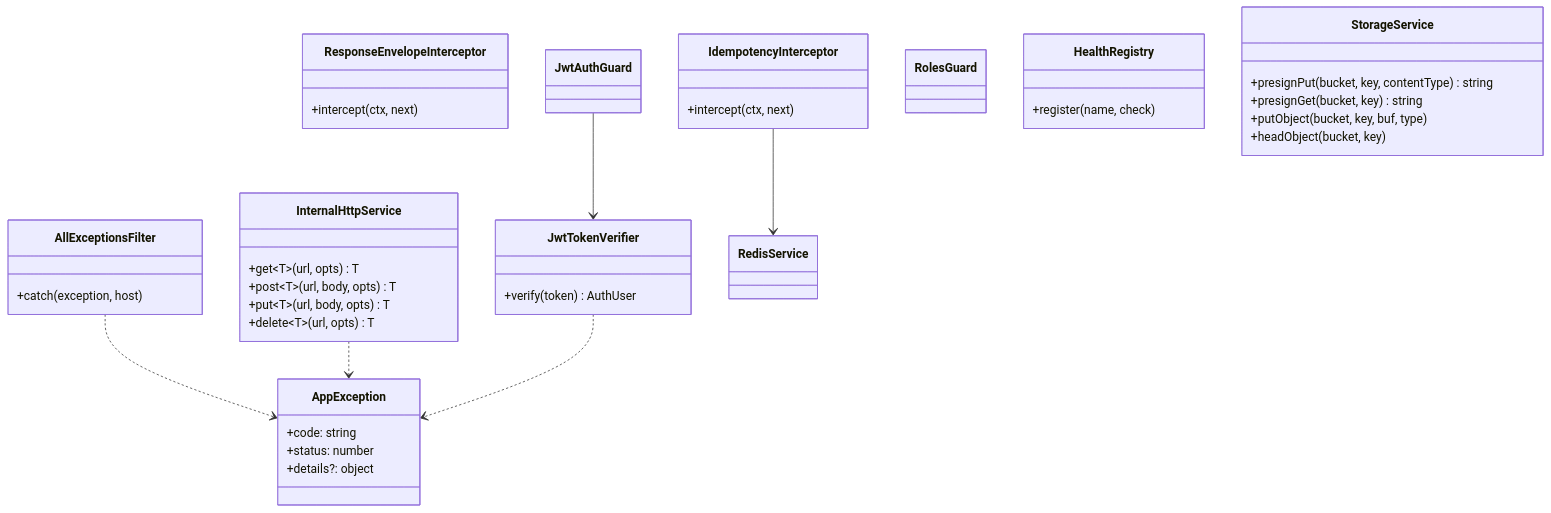
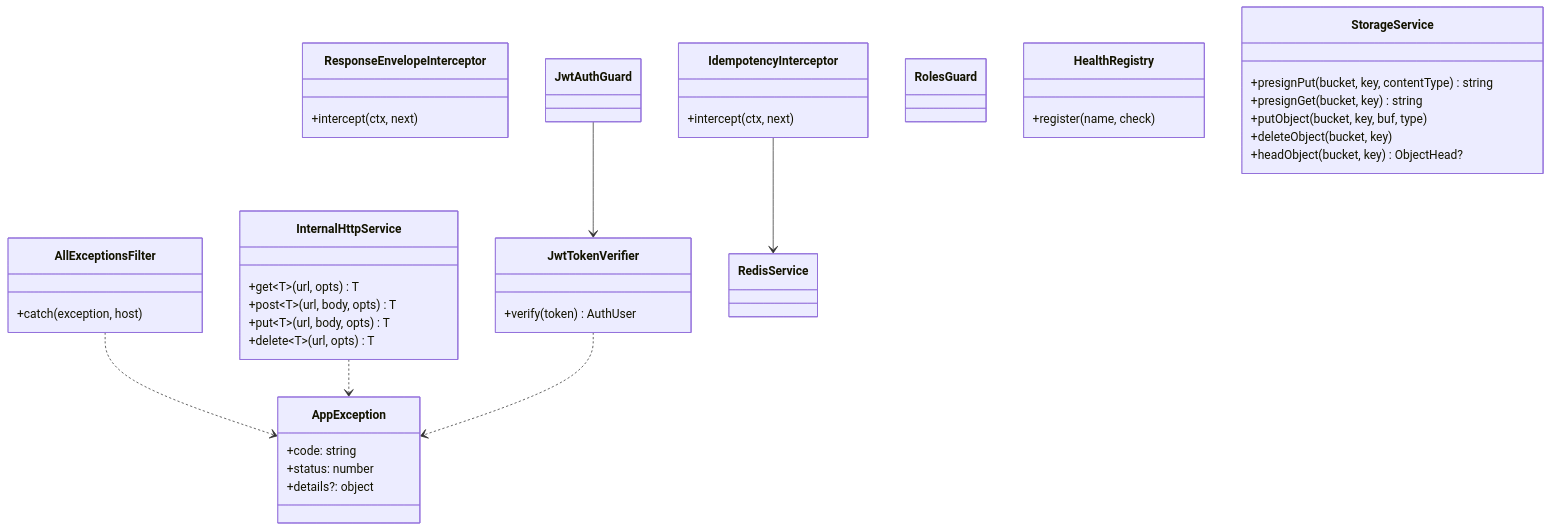
The diagram in project-knowledge/design/SHARED/RE.SERVICE_TEMPLATE/Component_Class_Design.md (ITHoangLV/Realestate_Microservice), drawn with Mermaid before and after one commit. The commit also changed other lines of this file and 8 other files, not shown here.

First line of the commit message:
feat(template): StorageService.headObject, RE.SERVICE_TEMPLATE v2.1; chép sang identity (T2.2)

````diff
--- a/project-knowledge/design/SHARED/RE.SERVICE_TEMPLATE/Component_Class_Design.md
+++ b/project-knowledge/design/SHARED/RE.SERVICE_TEMPLATE/Component_Class_Design.md
@@ -38,42 +38,43 @@
 ```mermaid
 classDiagram
     class AppException {
       +code: string
       +status: number
       +details?: object
     }
     class AllExceptionsFilter {
       +catch(exception, host)
     }
     class ResponseEnvelopeInterceptor {
       +intercept(ctx, next)
     }
     class InternalHttpService {
       +get~T~(url, opts) T
       +post~T~(url, body, opts) T
       +put~T~(url, body, opts) T
       +delete~T~(url, opts) T
     }
     class IdempotencyInterceptor {
       +intercept(ctx, next)
     }
     class JwtAuthGuard
     class JwtTokenVerifier {
       +verify(token) AuthUser
     }
     class RolesGuard
     class HealthRegistry {
       +register(name, check)
     }
     class StorageService {
       +presignPut(bucket, key, contentType) string
       +presignGet(bucket, key) string
       +putObject(bucket, key, buf, type)
-      +headObject(bucket, key)
+      +deleteObject(bucket, key)
+      +headObject(bucket, key) ObjectHead?
     }
     AllExceptionsFilter ..> AppException
     InternalHttpService ..> AppException
     JwtAuthGuard --> JwtTokenVerifier
     JwtTokenVerifier ..> AppException
     IdempotencyInterceptor --> RedisService
 ```
````
